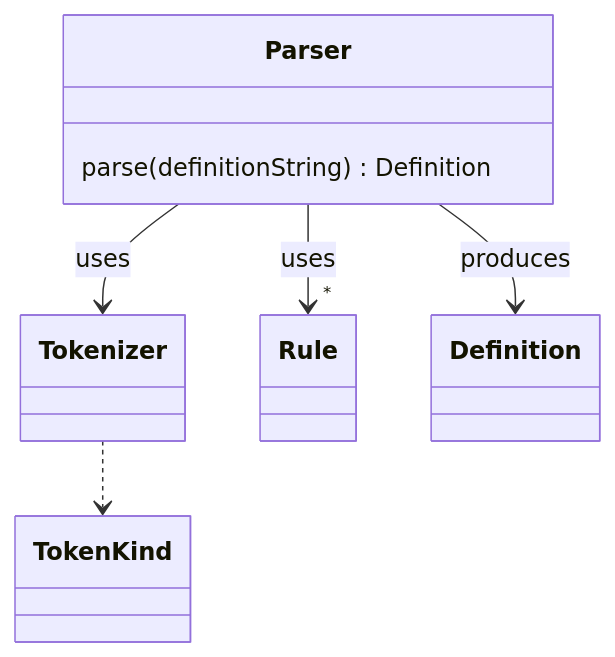
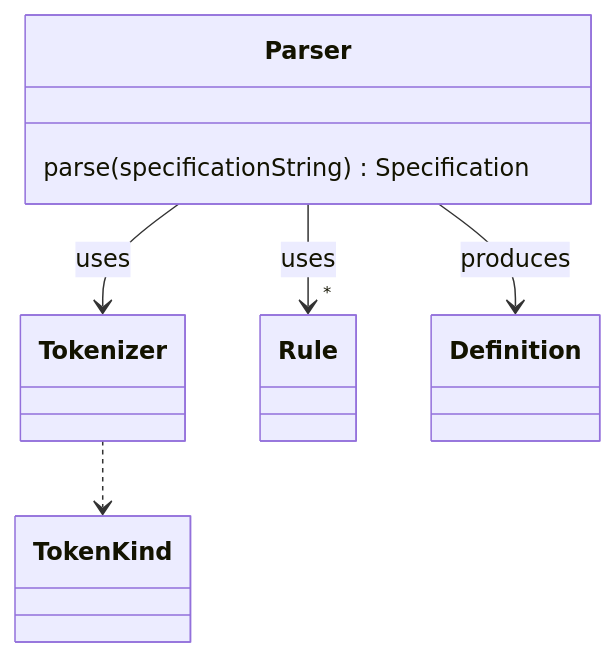
Before and after one commit to flowscripter/mpeg-sdl-parser: the diagram in README.md, drawn with Mermaid. The commit also changed other lines of this file and 132 other files, not shown here.

````diff
--- a/README.md
+++ b/README.md
@@ -40,15 +78,15 @@
 ```mermaid
 classDiagram
     
     class Parser {
-        parse(definitionString) Definition
+        parse(specificationString) Specification
     }
 
     Tokenizer ..> TokenKind
 
     Parser --> Tokenizer : uses
     
     Parser --> "*" Rule : uses
     
     Parser --> Definition : produces
 ```
````
